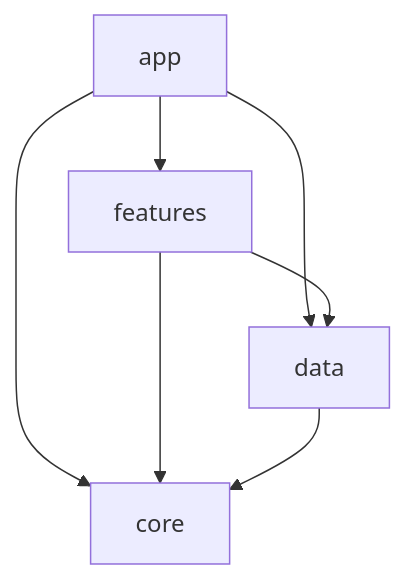
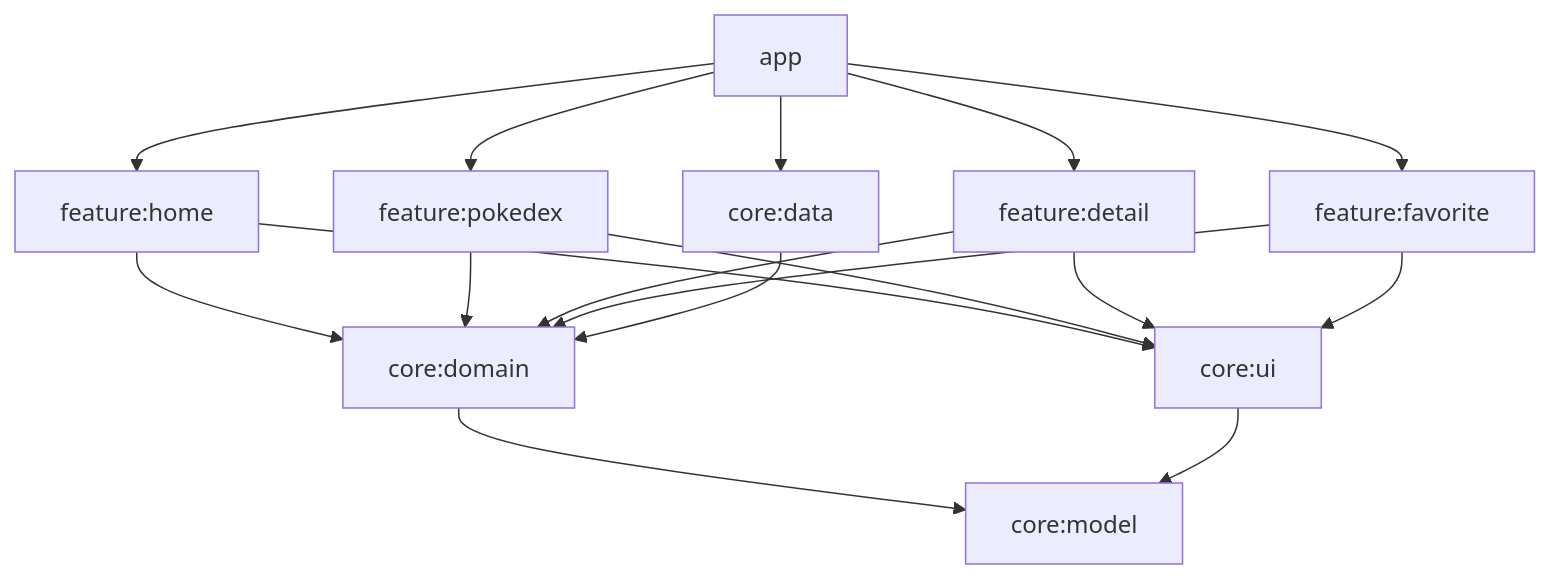
One commit to althoofandy/PokemonApps changed the diagram in README.md. Above: the diagram before and after it, drawn with Mermaid. The commit also changed other lines of this file, not shown here.

Commit message:
[Althoofandy] docs: describe the modular architecture in README

````diff
--- a/README.md
+++ b/README.md
@@ -40,9 +40,9 @@
 ```mermaid
 graph TD
-    app --> features
-    app --> data
-    app --> core
-    features --> data
-    features --> core
-    data --> core
+    app --> feature:home & feature:pokedex & feature:detail & feature:favorite
+    app --> core:data
+    feature:home & feature:pokedex & feature:detail & feature:favorite --> core:domain & core:ui
+    core:data --> core:domain
+    core:domain --> core:model
+    core:ui --> core:model
 ```
````
